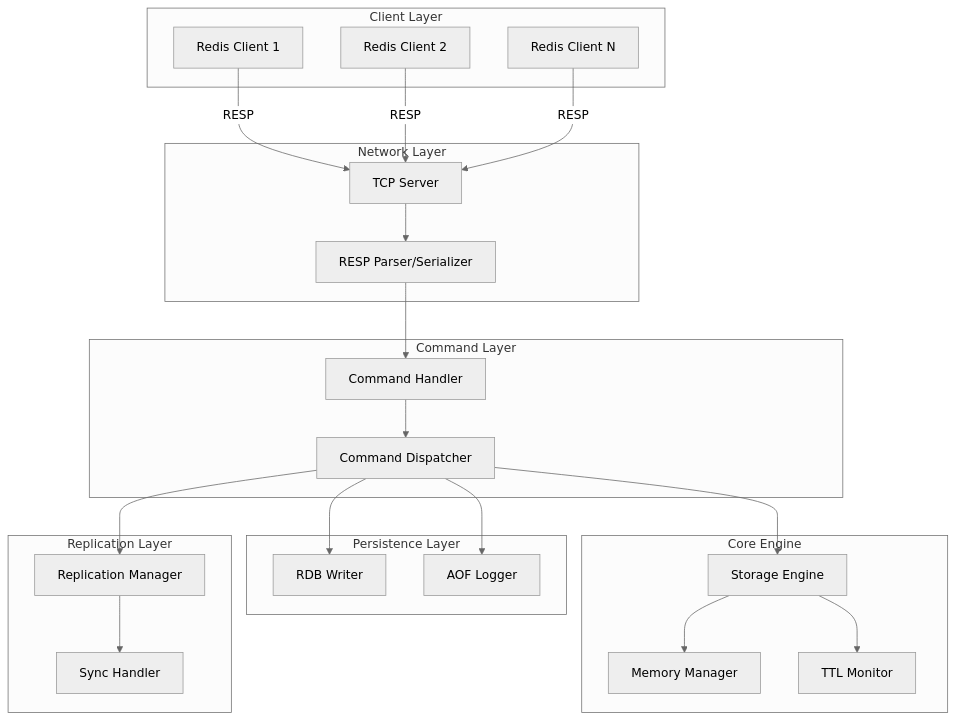
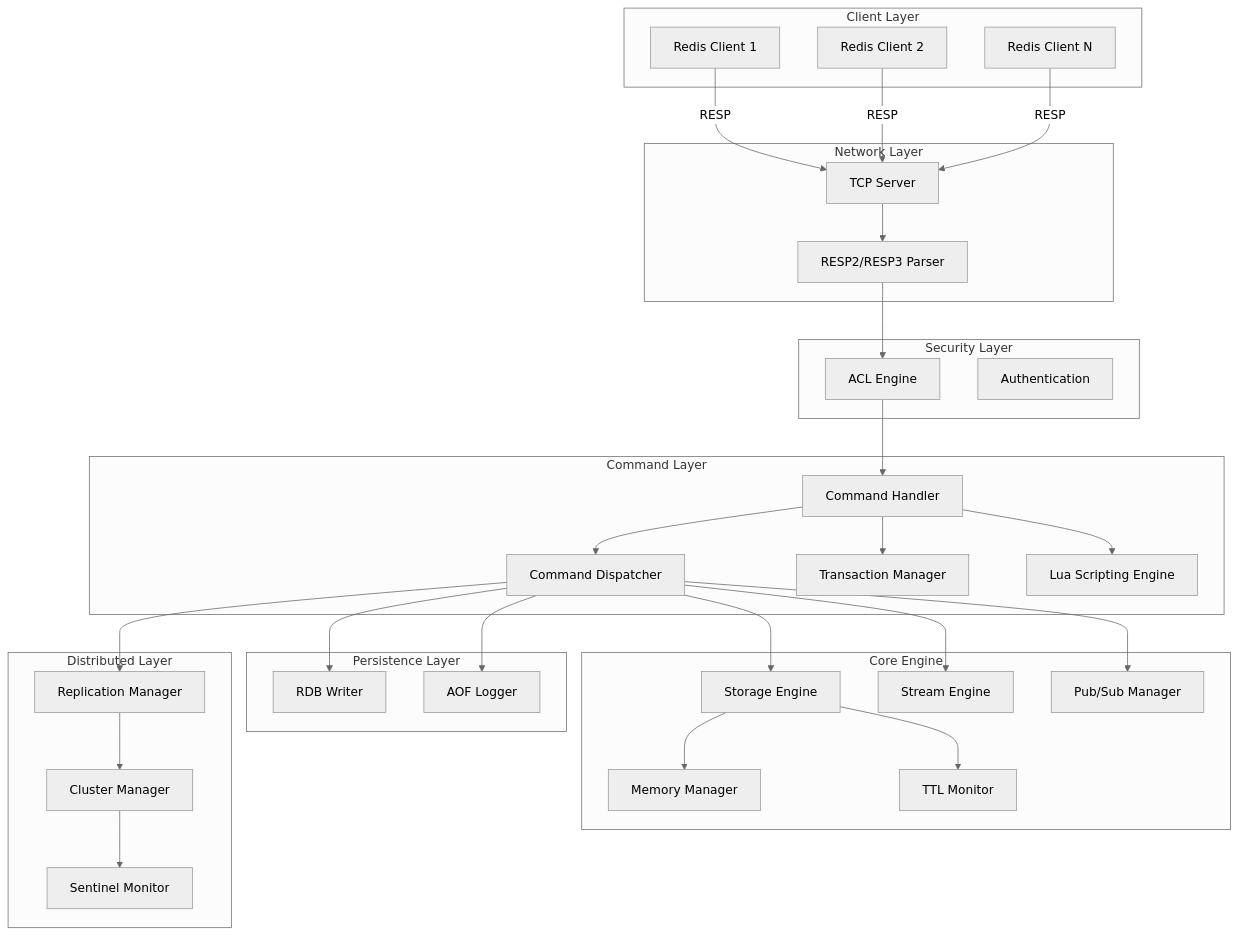
Before and after one commit to nxrvl/rLightning: the first of 6 diagrams in site/docs/architecture.md, drawn with Mermaid (neutral theme). The commit also changed other lines of this file and 35 other files, not shown here.

````diff
--- a/site/docs/architecture.md
+++ b/site/docs/architecture.md
@@ -7,48 +7,64 @@
 ```mermaid
 graph TB
     subgraph "Client Layer"
         C1[Redis Client 1]
         C2[Redis Client 2]
         C3[Redis Client N]
     end
-    
+
     subgraph "Network Layer"
         TCP[TCP Server]
-        RESP[RESP Parser/Serializer]
+        RESP[RESP2/RESP3 Parser]
     end
-    
+
+    subgraph "Security Layer"
+        ACL[ACL Engine]
+        AUTH[Authentication]
+    end
+
     subgraph "Command Layer"
         CMD[Command Handler]
         DISP[Command Dispatcher]
+        TXN[Transaction Manager]
+        LUA[Lua Scripting Engine]
     end
-    
+
     subgraph "Core Engine"
         STORE[Storage Engine]
         MEM[Memory Manager]
         TTL[TTL Monitor]
+        STREAM[Stream Engine]
+        PUBSUB[Pub/Sub Manager]
     end
-    
+
     subgraph "Persistence Layer"
         RDB[RDB Writer]
         AOF[AOF Logger]
     end
-    
-    subgraph "Replication Layer"
+
+    subgraph "Distributed Layer"
         REP[Replication Manager]
-        SYNC[Sync Handler]
+        CLUSTER[Cluster Manager]
+        SENTINEL[Sentinel Monitor]
     end
-    
+
     C1 -->|RESP| TCP
     C2 -->|RESP| TCP
     C3 -->|RESP| TCP
     TCP --> RESP
-    RESP --> CMD
+    RESP --> ACL
+    ACL --> CMD
     CMD --> DISP
+    CMD --> TXN
+    CMD --> LUA
     DISP --> STORE
+    DISP --> STREAM
+    DISP --> PUBSUB
     STORE --> MEM
     STORE --> TTL
     DISP --> RDB
     DISP --> AOF
     DISP --> REP
-    REP --> SYNC
+    REP --> CLUSTER
+    CLUSTER --> SENTINEL
 ```
````
